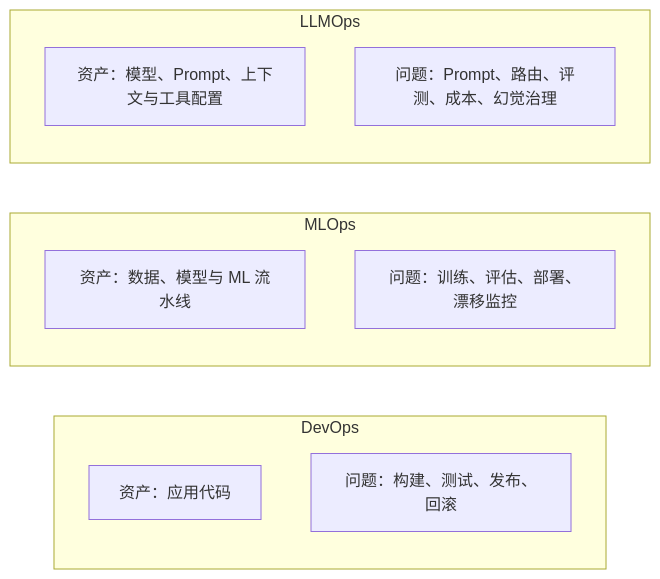
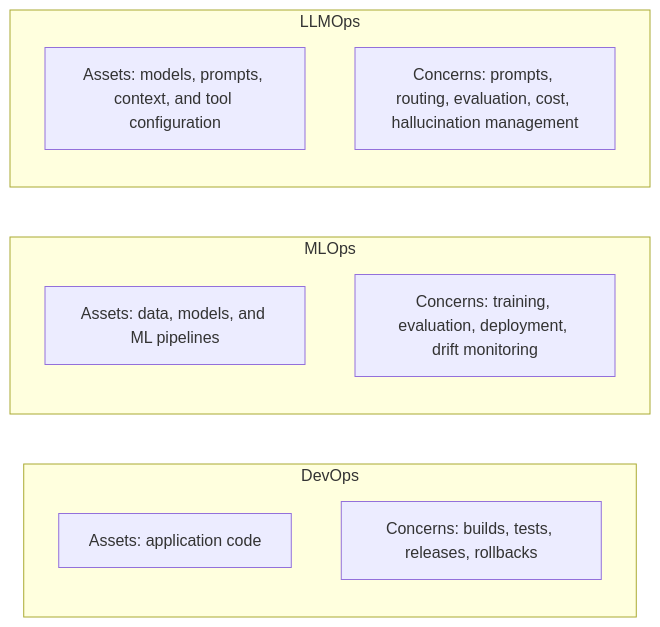
One commit to oneleaveknowsthefall/awesome-ai-roadmap changed the first of 2 diagrams in docs/engineering/01-foundations/01-llmops-vs-mlops-devops.md. Above: the diagram before and after it, drawn with Mermaid. The commit also changed other lines of this file and 82 other files, not shown here.

````diff
--- a/docs/engineering/01-foundations/01-llmops-vs-mlops-devops.md
+++ b/docs/engineering/01-foundations/01-llmops-vs-mlops-devops.md
@@ -11,15 +11,15 @@
 ```mermaid
 flowchart LR
     subgraph DevOps["DevOps"]
-        D1["资产：应用代码"]
-        D2["问题：构建、测试、发布、回滚"]
+        D1["Assets: application code"]
+        D2["Concerns: builds, tests, releases, rollbacks"]
     end
     subgraph MLOps["MLOps"]
-        M1["资产：数据、模型与 ML 流水线"]
-        M2["问题：训练、评估、部署、漂移监控"]
+        M1["Assets: data, models, and ML pipelines"]
+        M2["Concerns: training, evaluation, deployment, drift monitoring"]
     end
     subgraph LLMOps["LLMOps"]
-        L1["资产：模型、Prompt、上下文与工具配置"]
-        L2["问题：Prompt、路由、评测、成本、幻觉治理"]
+        L1["Assets: models, prompts, context, and tool configuration"]
+        L2["Concerns: prompts, routing, evaluation, cost, hallucination management"]
     end
 ```
````
